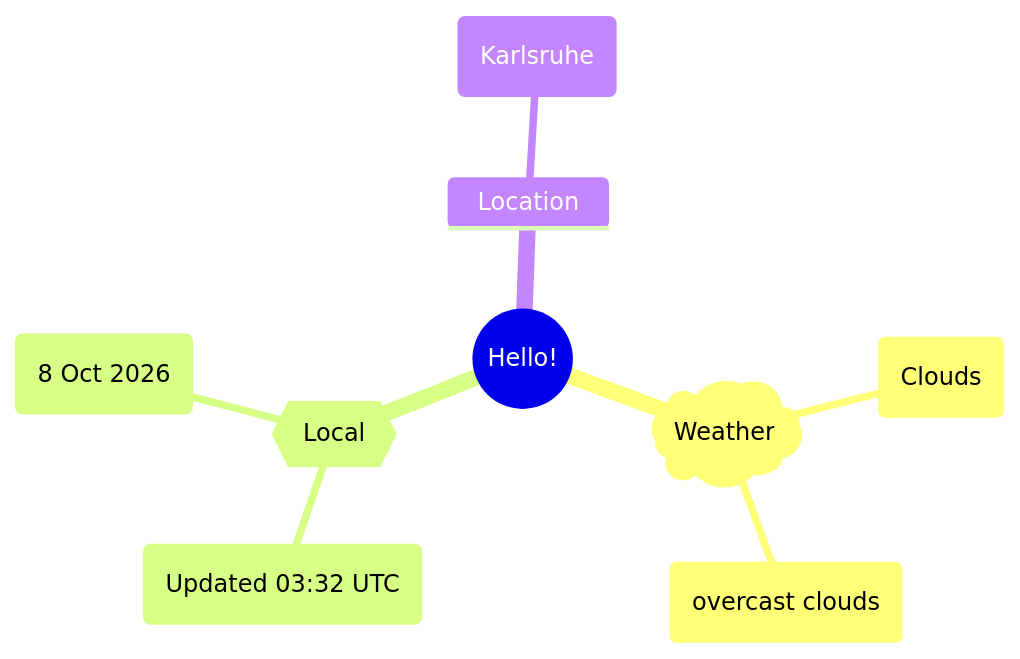
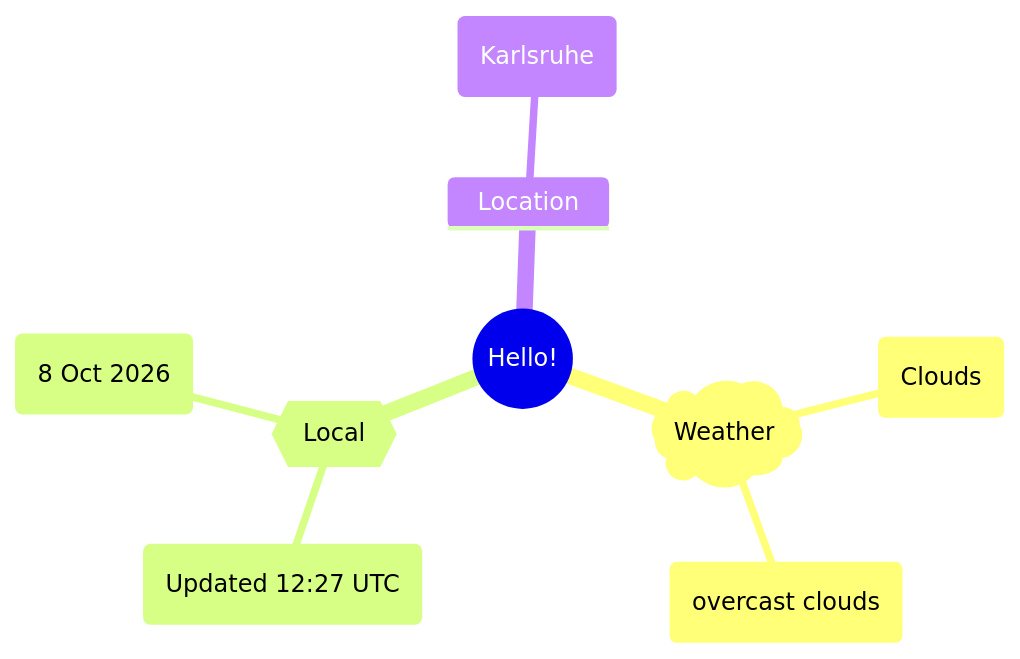
Before and after one commit to Xosrov/Xosrov: the first of 2 diagrams in README.md, drawn with Mermaid.

Commit message:
[bot] updated images

````diff
--- a/README.md
+++ b/README.md
@@ -3,12 +3,12 @@
 ```mermaid
 mindmap
   root((Hello!))
     )Weather(
         (Clouds)
         (overcast clouds)
     {{Local}}
-        (Updated 03:32 UTC)
+        (Updated 12:27 UTC)
         (8 Oct 2026)
     Location
         (Karlsruhe)
 ```
````
